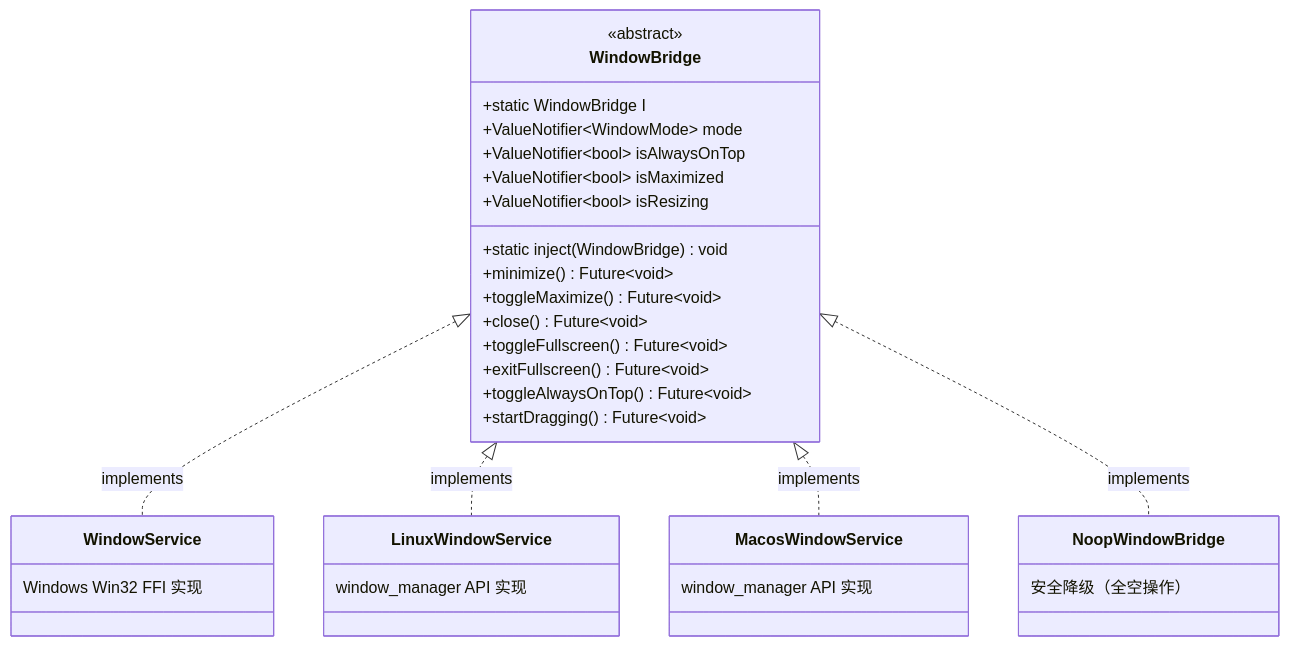
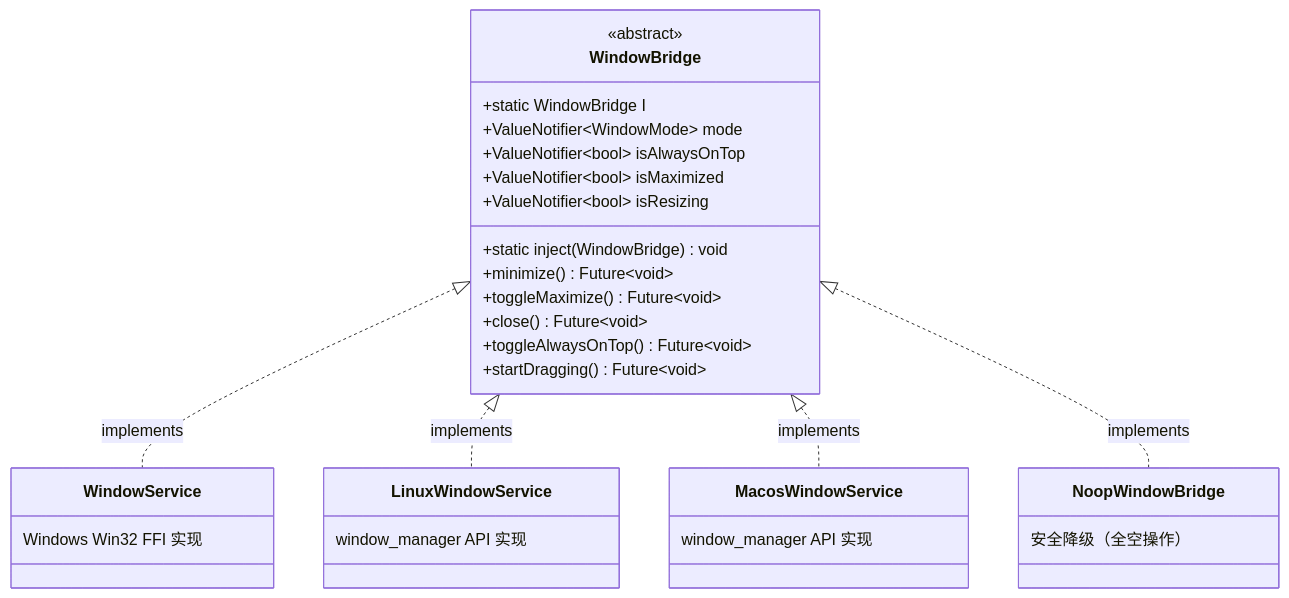
The sixth of 8 diagrams in docs/kernel-architecture.md (TATboy210/simple-player), drawn with Mermaid before and after one commit. The commit also changed other lines of this file and 42 other files, not shown here.

````diff
--- a/docs/kernel-architecture.md
+++ b/docs/kernel-architecture.md
@@ -487,40 +485,38 @@
 ```mermaid
 classDiagram
     class WindowBridge {
         <<abstract>>
         +static WindowBridge I
         +static inject(WindowBridge) void
         +minimize() Future~void~
         +toggleMaximize() Future~void~
         +close() Future~void~
-        +toggleFullscreen() Future~void~
-        +exitFullscreen() Future~void~
         +toggleAlwaysOnTop() Future~void~
         +startDragging() Future~void~
         +ValueNotifier~WindowMode~ mode
         +ValueNotifier~bool~ isAlwaysOnTop
         +ValueNotifier~bool~ isMaximized
         +ValueNotifier~bool~ isResizing
     }
 
     class WindowService {
         Windows Win32 FFI 实现
     }
 
     class LinuxWindowService {
         window_manager API 实现
     }
 
     class MacosWindowService {
         window_manager API 实现
     }
 
     class NoopWindowBridge {
         安全降级（全空操作）
     }
 
     WindowBridge <|.. WindowService : implements
     WindowBridge <|.. LinuxWindowService : implements
     WindowBridge <|.. MacosWindowService : implements
     WindowBridge <|.. NoopWindowBridge : implements
 ```
````
